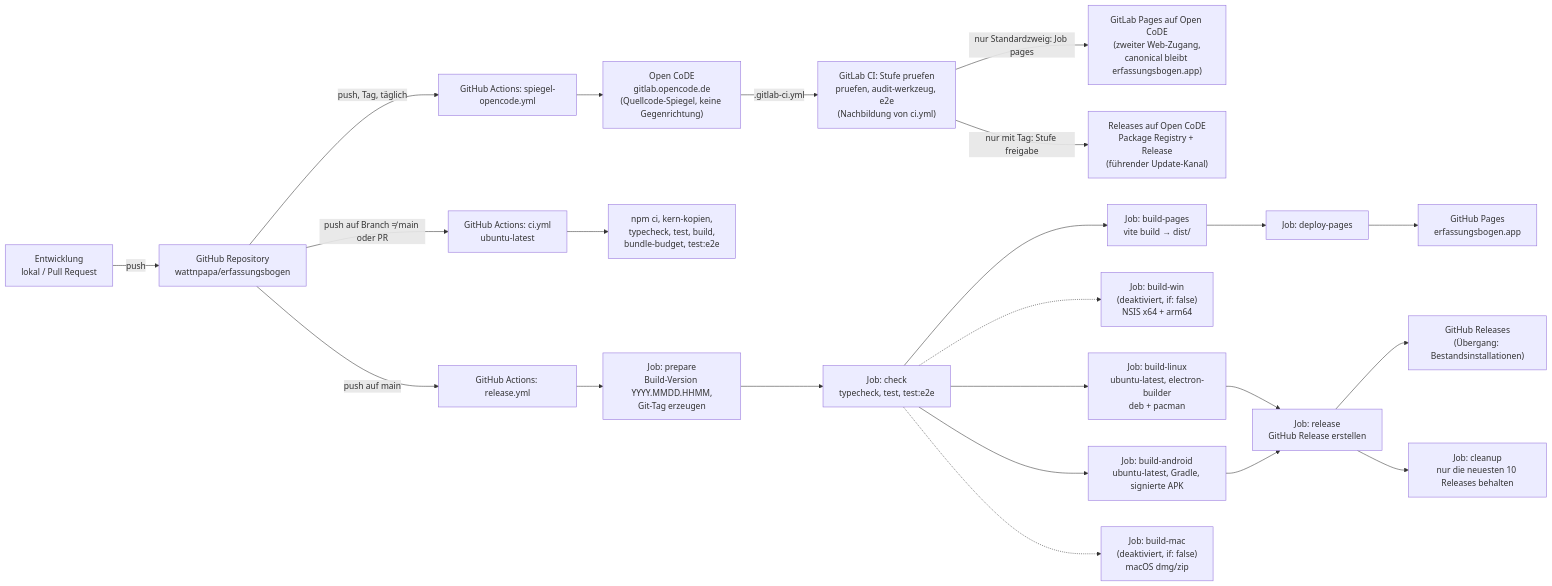
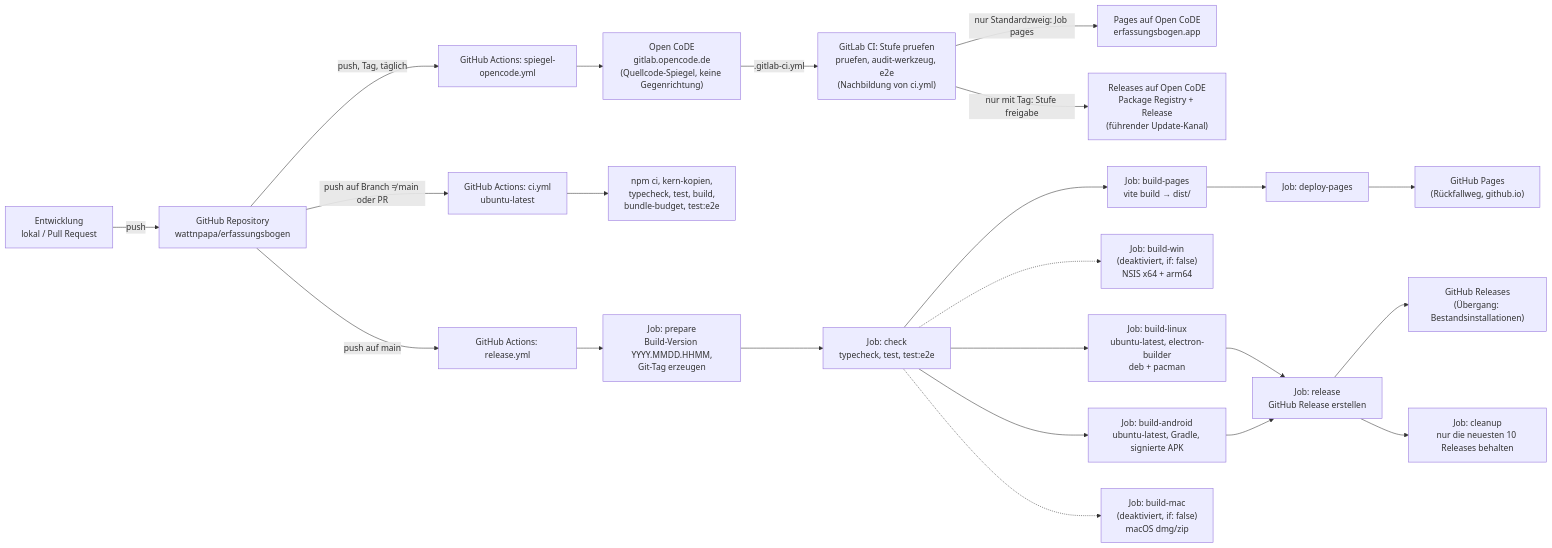
The tenth of 12 diagrams in docs/arc42-architektur.md (wattnpapa/erfassungsbogen), drawn with Mermaid before and after one commit. The commit also changed other lines of this file and 9 other files, not shown here.

First line of the commit message:
Webfassung: erfassungsbogen.app auf die Pages von Open CoDE

````diff
--- a/docs/arc42-architektur.md
+++ b/docs/arc42-architektur.md
@@ -870,24 +872,24 @@
 ```mermaid
 flowchart LR
   Dev["Entwicklung<br/>lokal / Pull Request"] -->|push| Repo["GitHub Repository<br/>wattnpapa/erfassungsbogen"]
   Repo -->|"push, Tag, täglich"| Spiegel["GitHub Actions: spiegel-opencode.yml"]
   Spiegel --> OC["Open CoDE<br/>gitlab.opencode.de<br/>(Quellcode-Spiegel, keine Gegenrichtung)"]
   OC -->|".gitlab-ci.yml"| OCC["GitLab CI: Stufe pruefen<br/>pruefen, audit-werkzeug, e2e<br/>(Nachbildung von ci.yml)"]
-  OCC -->|"nur Standardzweig: Job pages"| OCP["GitLab Pages auf Open CoDE<br/>(zweiter Web-Zugang,<br/>canonical bleibt erfassungsbogen.app)"]
+  OCC -->|"nur Standardzweig: Job pages"| OCP["Pages auf Open CoDE<br/>erfassungsbogen.app"]
   Repo -->|"push auf Branch ≠ main oder PR"| CI["GitHub Actions: ci.yml<br/>ubuntu-latest"]
   CI --> CIS["npm ci, kern-kopien,<br/>typecheck, test, build,<br/>bundle-budget, test:e2e"]
   Repo -->|"push auf main"| REL["GitHub Actions: release.yml"]
   REL --> Prep["Job: prepare<br/>Build-Version YYYY.MMDD.HHMM,<br/>Git-Tag erzeugen"]
   Prep --> Check["Job: check<br/>typecheck, test, test:e2e"]
   Check --> Pages["Job: build-pages<br/>vite build → dist/"]
-  Pages --> Deploy["Job: deploy-pages"] --> GHP["GitHub Pages<br/>erfassungsbogen.app"]
+  Pages --> Deploy["Job: deploy-pages"] --> GHP["GitHub Pages<br/>(Rückfallweg, github.io)"]
   Check -.-> Win["Job: build-win<br/>(deaktiviert, if: false)<br/>NSIS x64 + arm64"]
   Check --> Linux["Job: build-linux<br/>ubuntu-latest, electron-builder<br/>deb + pacman"]
   Check --> Android["Job: build-android<br/>ubuntu-latest, Gradle, signierte APK"]
   Check -.-> Mac["Job: build-mac<br/>(deaktiviert, if: false)<br/>macOS dmg/zip"]
   Linux --> Release["Job: release<br/>GitHub Release erstellen"]
   Android --> Release
   Release --> GHR["GitHub Releases<br/>(Übergang: Bestandsinstallationen)"]
   OCC -->|"nur mit Tag: Stufe freigabe"| OCR["Releases auf Open CoDE<br/>Package Registry + Release<br/>(führender Update-Kanal)"]
   Release --> Cleanup["Job: cleanup<br/>nur die neuesten 10 Releases behalten"]
 ```
````
